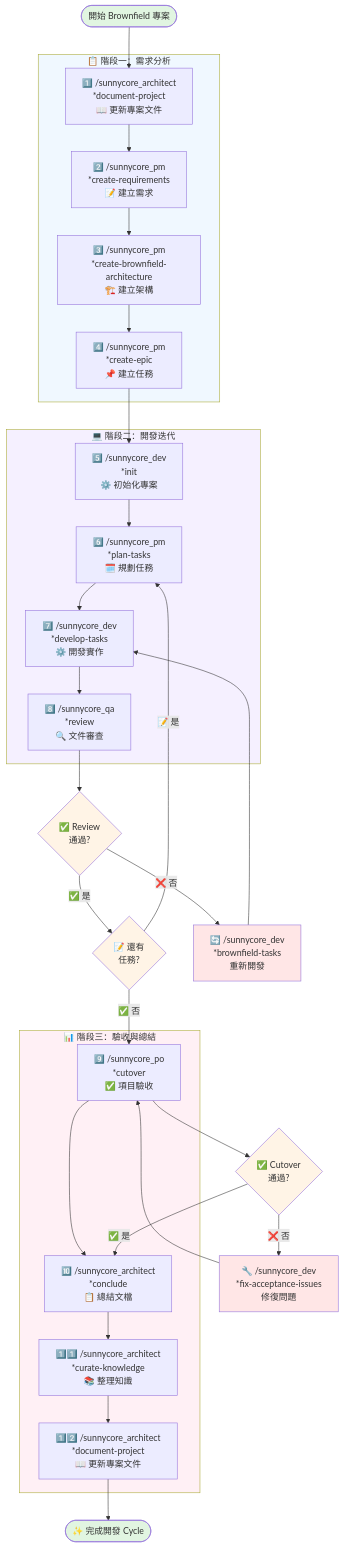
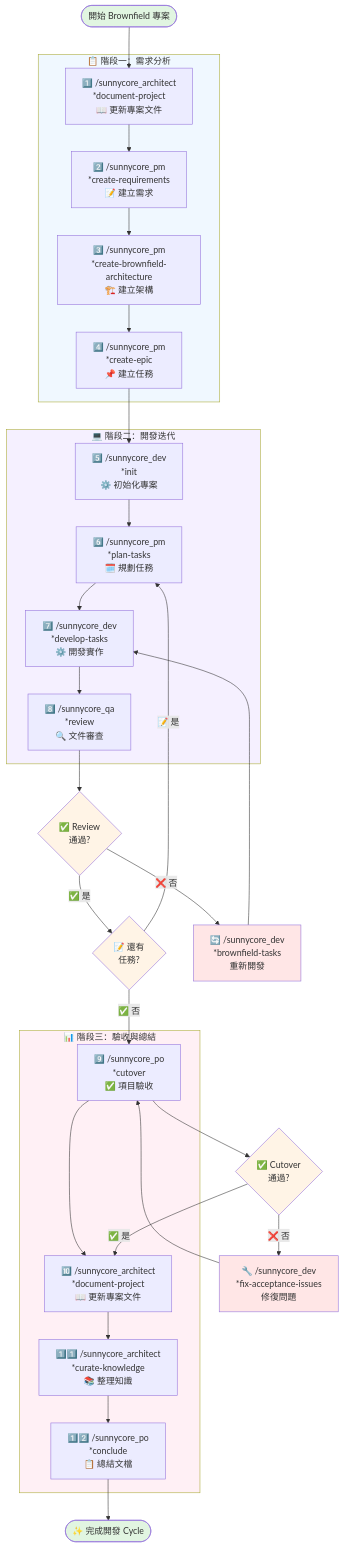
The third of 3 diagrams in claude code/README.md (Yamiyorunoshura/sunnycore), drawn with Mermaid before and after one commit. The commit also changed other lines of this file and 5 other files, not shown here.

First line of the commit message:
feat(conclude): enhance project conclusion with archiving and version management

````diff
--- a/claude code/README.md
+++ b/claude code/README.md
@@ -289,61 +289,61 @@
 ```mermaid
 flowchart TD
     Start([開始 Brownfield 專案]) --> A0
     
     subgraph Phase1 ["📋 階段一：需求分析"]
         A0["1️⃣ /sunnycore_architect<br/>*document-project<br/>📖 更新專案文件"]
         A1["2️⃣ /sunnycore_pm<br/>*create-requirements<br/>📝 建立需求"]
         A2["3️⃣ /sunnycore_pm<br/>*create-brownfield-architecture<br/>🏗️ 建立架構"]
         A3["4️⃣ /sunnycore_pm<br/>*create-epic<br/>📌 建立任務"]
         A0 --> A1 --> A2 --> A3
     end
     
     subgraph Phase2 ["💻 階段二：開發迭代"]
         B0["5️⃣ /sunnycore_dev<br/>*init<br/>⚙️ 初始化專案"]
         B1["6️⃣ /sunnycore_pm<br/>*plan-tasks<br/>🗓️ 規劃任務"]
         B2["7️⃣ /sunnycore_dev<br/>*develop-tasks<br/>⚙️ 開發實作"]
         B3["8️⃣ /sunnycore_qa<br/>*review<br/>🔍 文件審查"]
         B0 --> B1 --> B2 --> B3
     end
     
     D1{"✅ Review<br/>通過?"}
     D2{"📝 還有<br/>任務?"}
     R1["🔄 /sunnycore_dev<br/>*brownfield-tasks<br/>重新開發"]
     
     subgraph Phase3 ["📊 階段三：驗收與總結"]
         C0["9️⃣ /sunnycore_po<br/>*cutover<br/>✅ 項目驗收"]
-        C1["🔟 /sunnycore_architect<br/>*conclude<br/>📋 總結文檔"]
+        C1["🔟 /sunnycore_architect<br/>*document-project<br/>📖 更新專案文件"]
         C2["1️⃣1️⃣ /sunnycore_architect<br/>*curate-knowledge<br/>📚 整理知識"]
-        C3["1️⃣2️⃣ /sunnycore_architect<br/>*document-project<br/>📖 更新專案文件"]
+        C3["1️⃣2️⃣ /sunnycore_po<br/>*conclude<br/>📋 總結文檔"]
         C0 --> C1 --> C2 --> C3
     end
     
     D3{"✅ Cutover<br/>通過?"}
     R2["🔧 /sunnycore_dev<br/>*fix-acceptance-issues<br/>修復問題"]
     
     Done([✨ 完成開發 Cycle])
     
     A3 --> B0
     B3 --> D1
     D1 -->|"❌ 否"| R1
     R1 --> B2
     D1 -->|"✅ 是"| D2
     D2 -->|"📝 是"| B1
     D2 -->|"✅ 否"| C0
     C0 --> D3
     D3 -->|"❌ 否"| R2
     R2 --> C0
     D3 -->|"✅ 是"| C1
     C3 --> Done
     
     style Start fill:#e1f5e1
     style Done fill:#e1f5e1
     style D1 fill:#fff4e6
     style D2 fill:#fff4e6
     style D3 fill:#fff4e6
     style R1 fill:#ffe6e6
     style R2 fill:#ffe6e6
     style Phase1 fill:#f0f8ff
     style Phase2 fill:#f5f0ff
     style Phase3 fill:#fff0f5
 ```
````
